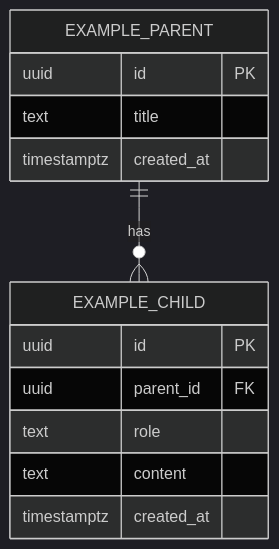
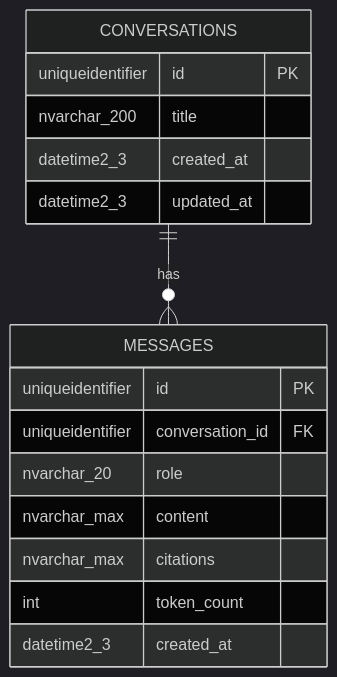
Before and after one commit to MagedHazem360/Team-assistant-demo-maged: the diagram in docs/design/db-design.md, drawn with Mermaid (dark theme). The commit also changed other lines of this file and 16 other files, not shown here.

````diff
--- a/docs/design/db-design.md
+++ b/docs/design/db-design.md
@@ -20,16 +21,19 @@
 ```mermaid
 erDiagram
-    EXAMPLE_PARENT ||--o{ EXAMPLE_CHILD : has
-    EXAMPLE_PARENT {
-        uuid id PK
-        text title
-        timestamptz created_at
+    CONVERSATIONS ||--o{ MESSAGES : has
+    CONVERSATIONS {
+        uniqueidentifier id PK
+        nvarchar_200 title
+        datetime2_3 created_at
+        datetime2_3 updated_at
     }
-    EXAMPLE_CHILD {
-        uuid id PK
-        uuid parent_id FK
-        text role
-        text content
-        timestamptz created_at
+    MESSAGES {
+        uniqueidentifier id PK
+        uniqueidentifier conversation_id FK
+        nvarchar_20 role
+        nvarchar_max content
+        nvarchar_max citations
+        int token_count
+        datetime2_3 created_at
     }
 ```
````
